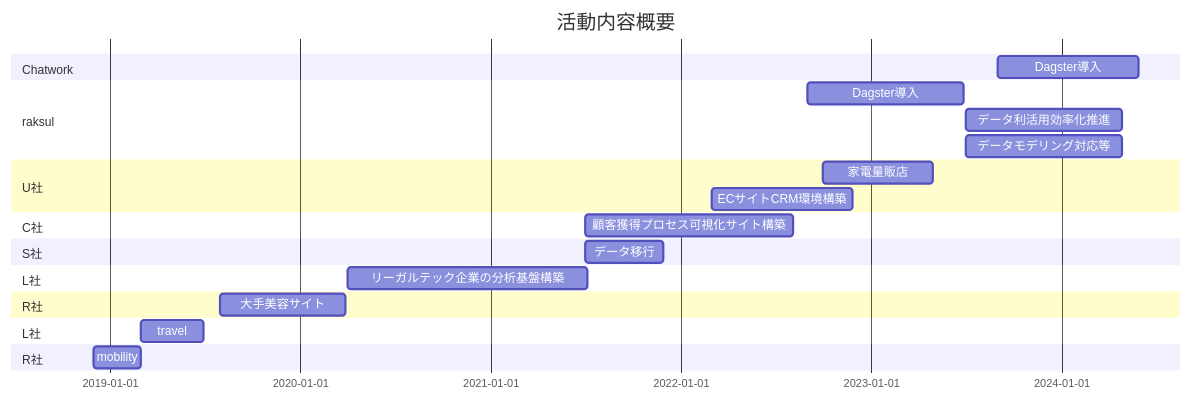
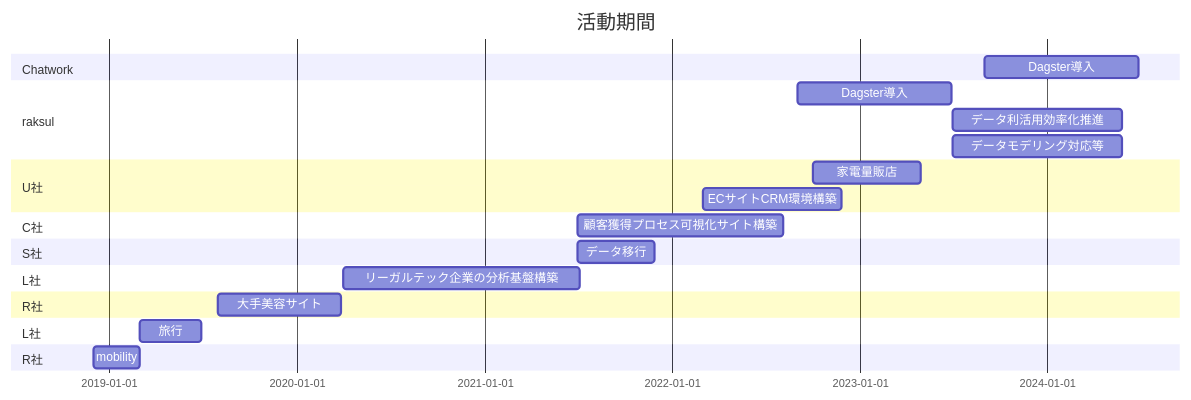
One commit to sista05/Curriculum-Vitae changed the diagram in README.md. Above: the diagram before and after it, drawn with Mermaid. The commit also changed other lines of this file, not shown here.

````diff
--- a/README.md
+++ b/README.md
@@ -202,35 +202,35 @@
 ```mermaid
 gantt
-    title 活動内容概要
+    title 活動期間
     todayMarker off
     section Chatwork
-        Dagster導入  :2023-09-01, 270d
+        Dagster導入  :2023-09-01, 300d
 
     section raksul
         Dagster導入 : 2022-09-01, 300d
-        データ利活用効率化推進 : 2023-07-01, 300d
-        データモデリング対応等 : 2023-07-01, 300d
+        データ利活用効率化推進 : 2023-07-01, 330d
+        データモデリング対応等 : 2023-07-01, 330d
+
     section U社
         家電量販店 : 2022-10-01, 210d
         ECサイトCRM環境構築 : 2022-03-01, 270d
 
     section C社
         顧客獲得プロセス可視化サイト構築 :2021-07-01, 400d
 
     section S社
         データ移行 :2021-07-01, 150d
-
+        
     section L社
         リーガルテック企業の分析基盤構築 :2020-04-01, 460d
 
     section R社
         大手美容サイト : 2019-08-01, 240d
 
     section L社 
-        travel : 2019-03-01, 120d
+        旅行 : 2019-03-01, 120d
 
     section R社 
         mobility : 2018-12-01, 90d
 
-
 ```
````
